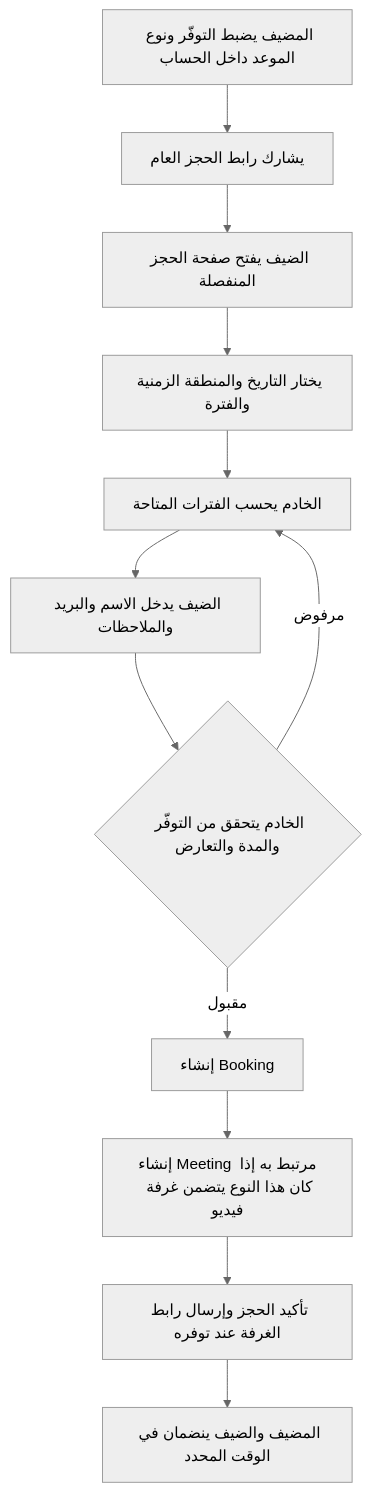
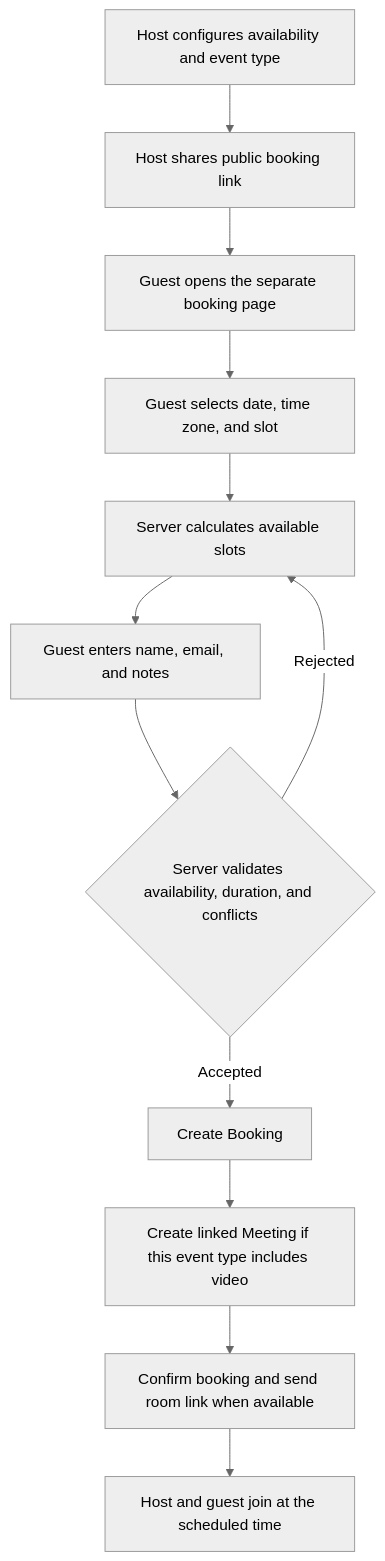
The first of 3 diagrams in docs/product-direction-draft.md (Naiimbs/Mhaf-live), drawn with Mermaid (neutral theme) before and after one commit. The commit also changed other lines of this file and 4 other files, not shown here.

````diff
--- a/docs/product-direction-draft.md
+++ b/docs/product-direction-draft.md
@@ -107,14 +107,14 @@
 ```mermaid
 flowchart TD
-  A[المضيف يضبط التوفّر ونوع الموعد داخل الحساب] --> B[يشارك رابط الحجز العام]
-  B --> C[الضيف يفتح صفحة الحجز المنفصلة]
-  C --> D[يختار التاريخ والمنطقة الزمنية والفترة]
-  D --> E[الخادم يحسب الفترات المتاحة]
-  E --> F[الضيف يدخل الاسم والبريد والملاحظات]
-  F --> G{الخادم يتحقق من التوفّر والمدة والتعارض}
-  G -- مرفوض --> E
-  G -- مقبول --> H[إنشاء Booking]
-  H --> I[إنشاء Meeting مرتبط به إذا كان هذا النوع يتضمن غرفة فيديو]
-  I --> J[تأكيد الحجز وإرسال رابط الغرفة عند توفره]
-  J --> K[المضيف والضيف ينضمان في الوقت المحدد]
+  A[Host configures availability and event type] --> B[Host shares public booking link]
+  B --> C[Guest opens the separate booking page]
+  C --> D[Guest selects date, time zone, and slot]
+  D --> E[Server calculates available slots]
+  E --> F[Guest enters name, email, and notes]
+  F --> G{Server validates availability, duration, and conflicts}
+  G -- Rejected --> E
+  G -- Accepted --> H[Create Booking]
+  H --> I[Create linked Meeting if this event type includes video]
+  I --> J[Confirm booking and send room link when available]
+  J --> K[Host and guest join at the scheduled time]
 ```
````
